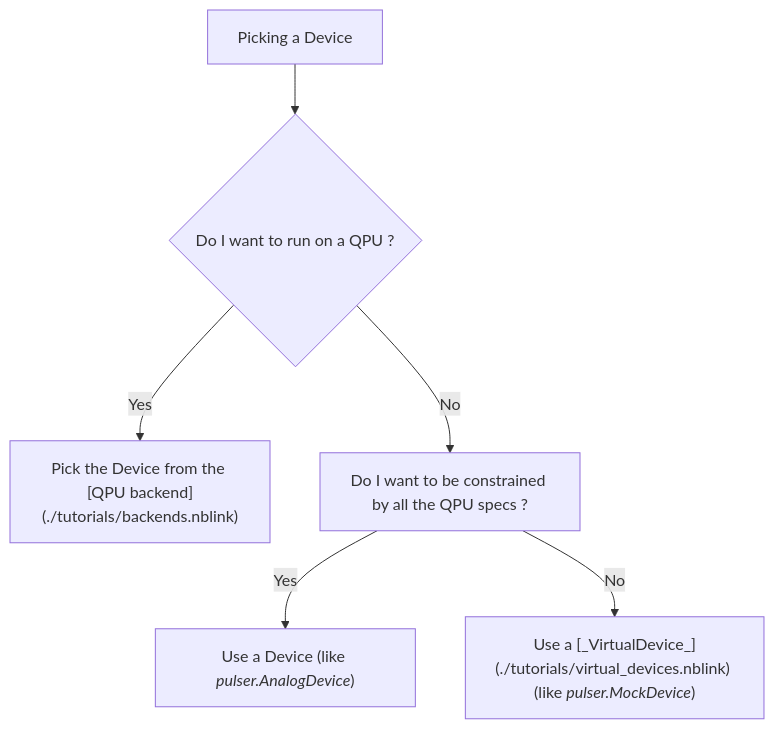
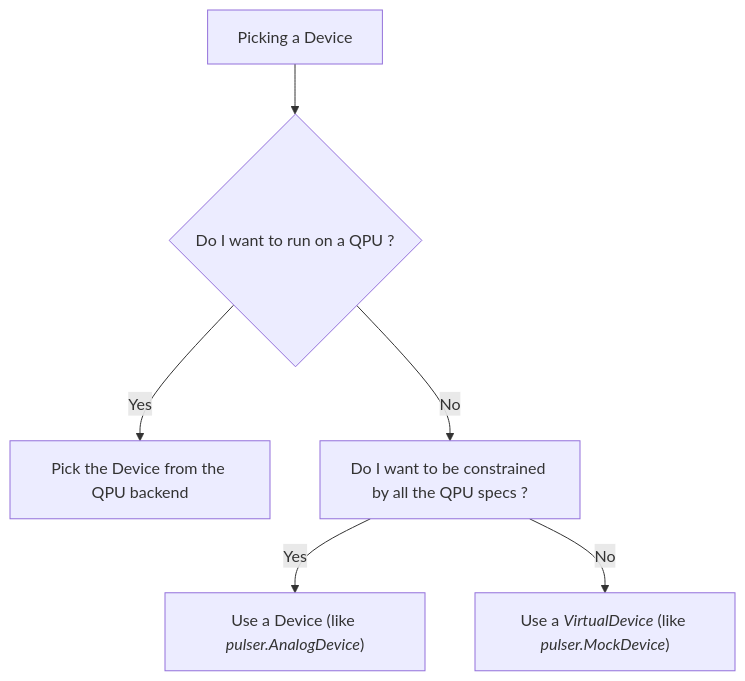
One commit to pasqal-io/Pulser changed the diagram in docs/source/programming.md. Above: the diagram before and after it, drawn with Mermaid. The commit also changed other lines of this file and 1 other file, not shown here.

````diff
--- a/docs/source/programming.md
+++ b/docs/source/programming.md
@@ -83,10 +124,10 @@
 ```{mermaid}
 
 flowchart TB
   A[Picking a Device] --> B{Do I want to run on a QPU ?}
-  B -->|Yes| C["`Pick the Device from the [QPU backend](./tutorials/backends.nblink)`"]
+  B -->|Yes| C["`Pick the Device from the QPU backend`"]
   B -->|No| D["`Do I want to be constrained by all the QPU specs ?`"]
   D -->|Yes| E["`Use a Device (like _pulser.AnalogDevice_)`"]
-  D --> |No| F["`Use a [_VirtualDevice_](./tutorials/virtual_devices.nblink) (like _pulser.MockDevice_)`"]
+  D --> |No| F["`Use a _VirtualDevice_ (like _pulser.MockDevice_)`"]
 
 ```
````
